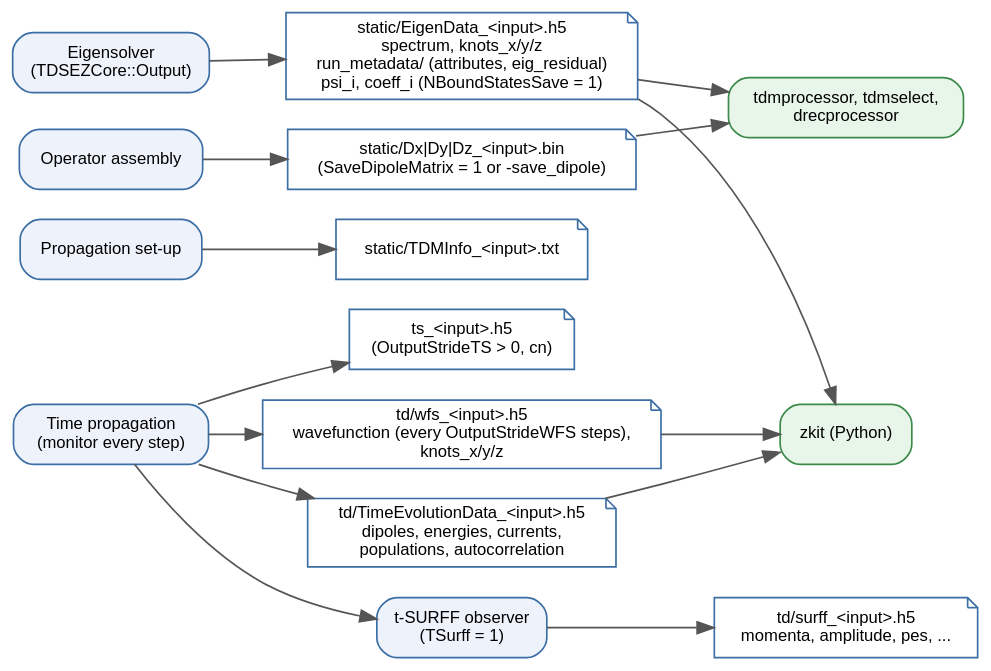
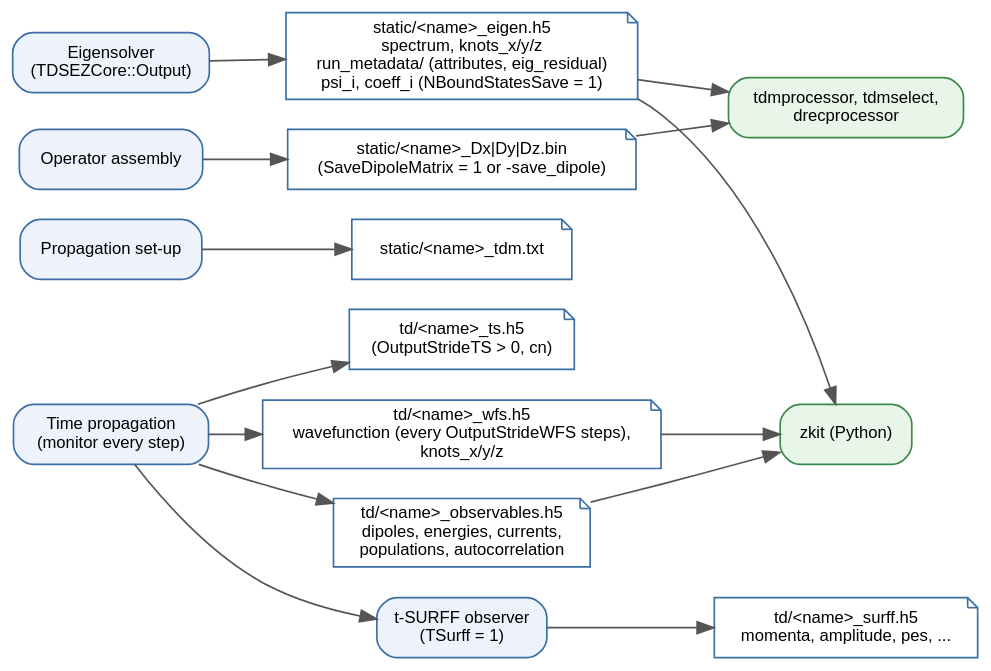
One commit to dahbiz/tdsez changed the diagram in docs/docs_sphinx/figures/HDF5-Output-dataflow.dot. Above: the diagram before and after it, drawn with Graphviz. The commit also changed 46 other files, not shown here.

First line of the commit message:
Output file names: static/<name>_* and td/<name>_*

```diff
--- a/docs/docs_sphinx/figures/HDF5-Output-dataflow.dot
+++ b/docs/docs_sphinx/figures/HDF5-Output-dataflow.dot
@@ -1,31 +1,31 @@
 // Output files and the phase that writes them (src/core.cpp, src/tdsez.cpp,
 // src/manager.cpp, src/monitor.cpp, src/tsurff.cpp, src/diagnostics.cpp).
 digraph HDF5OutputDataflow {
   graph [fontname="Helvetica", rankdir=LR, nodesep=0.25, ranksep=0.45, bgcolor="transparent"];
   node  [fontname="Helvetica", fontsize=10, shape=box, style="rounded,filled", fillcolor="#eef3fb", color="#3b6ea5"];
   edge  [fontname="Helvetica", fontsize=9, color="#555555", fontcolor="#333333"];
 
   eig    [label="Eigensolver\n(TDSEZCore::Output)"];
   asm    [label="Operator assembly"];
   setup  [label="Propagation set-up"];
   prop   [label="Time propagation\n(monitor every step)"];
   surff  [label="t-SURFF observer\n(TSurff = 1)"];
 
-  f_eig  [shape=note, fillcolor="#ffffff", label="static/EigenData_<input>.h5\nspectrum, knots_x/y/z\nrun_metadata/ (attributes, eig_residual)\npsi_i, coeff_i (NBoundStatesSave = 1)"];
-  f_bin  [shape=note, fillcolor="#ffffff", label="static/Dx|Dy|Dz_<input>.bin\n(SaveDipoleMatrix = 1 or -save_dipole)"];
-  f_tdm  [shape=note, fillcolor="#ffffff", label="static/TDMInfo_<input>.txt"];
-  f_td   [shape=note, fillcolor="#ffffff", label="td/TimeEvolutionData_<input>.h5\ndipoles, energies, currents,\npopulations, autocorrelation"];
-  f_wfs  [shape=note, fillcolor="#ffffff", label="td/wfs_<input>.h5\nwavefunction (every OutputStrideWFS steps),\nknots_x/y/z"];
-  f_ts   [shape=note, fillcolor="#ffffff", label="ts_<input>.h5\n(OutputStrideTS > 0, cn)"];
-  f_sf   [shape=note, fillcolor="#ffffff", label="td/surff_<input>.h5\nmomenta, amplitude, pes, ..."];
+  f_eig  [shape=note, fillcolor="#ffffff", label="static/<name>_eigen.h5\nspectrum, knots_x/y/z\nrun_metadata/ (attributes, eig_residual)\npsi_i, coeff_i (NBoundStatesSave = 1)"];
+  f_bin  [shape=note, fillcolor="#ffffff", label="static/<name>_Dx|Dy|Dz.bin\n(SaveDipoleMatrix = 1 or -save_dipole)"];
+  f_tdm  [shape=note, fillcolor="#ffffff", label="static/<name>_tdm.txt"];
+  f_td   [shape=note, fillcolor="#ffffff", label="td/<name>_observables.h5\ndipoles, energies, currents,\npopulations, autocorrelation"];
+  f_wfs  [shape=note, fillcolor="#ffffff", label="td/<name>_wfs.h5\nwavefunction (every OutputStrideWFS steps),\nknots_x/y/z"];
+  f_ts   [shape=note, fillcolor="#ffffff", label="td/<name>_ts.h5\n(OutputStrideTS > 0, cn)"];
+  f_sf   [shape=note, fillcolor="#ffffff", label="td/<name>_surff.h5\nmomenta, amplitude, pes, ..."];
 
   post   [label="tdmprocessor, tdmselect,\ndrecprocessor", fillcolor="#e8f5e9", color="#3b8a4a"];
   zkit   [label="zkit (Python)", fillcolor="#e8f5e9", color="#3b8a4a"];
 
   { rank=same; eig; asm; setup; prop; }
   eig -> asm -> setup -> prop [style=invis];
   eig -> f_eig; asm -> f_bin; setup -> f_tdm;
   prop -> f_td; prop -> f_wfs; prop -> f_ts; prop -> surff -> f_sf;
   f_eig -> post; f_bin -> post;
   f_eig -> zkit; f_td -> zkit; f_wfs -> zkit;
 }
```
